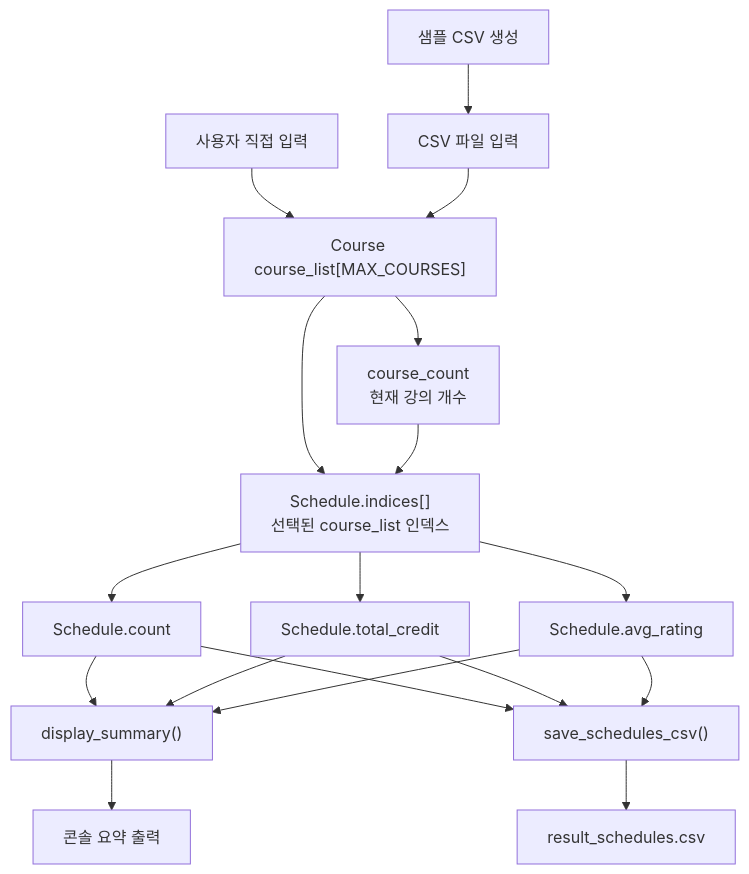
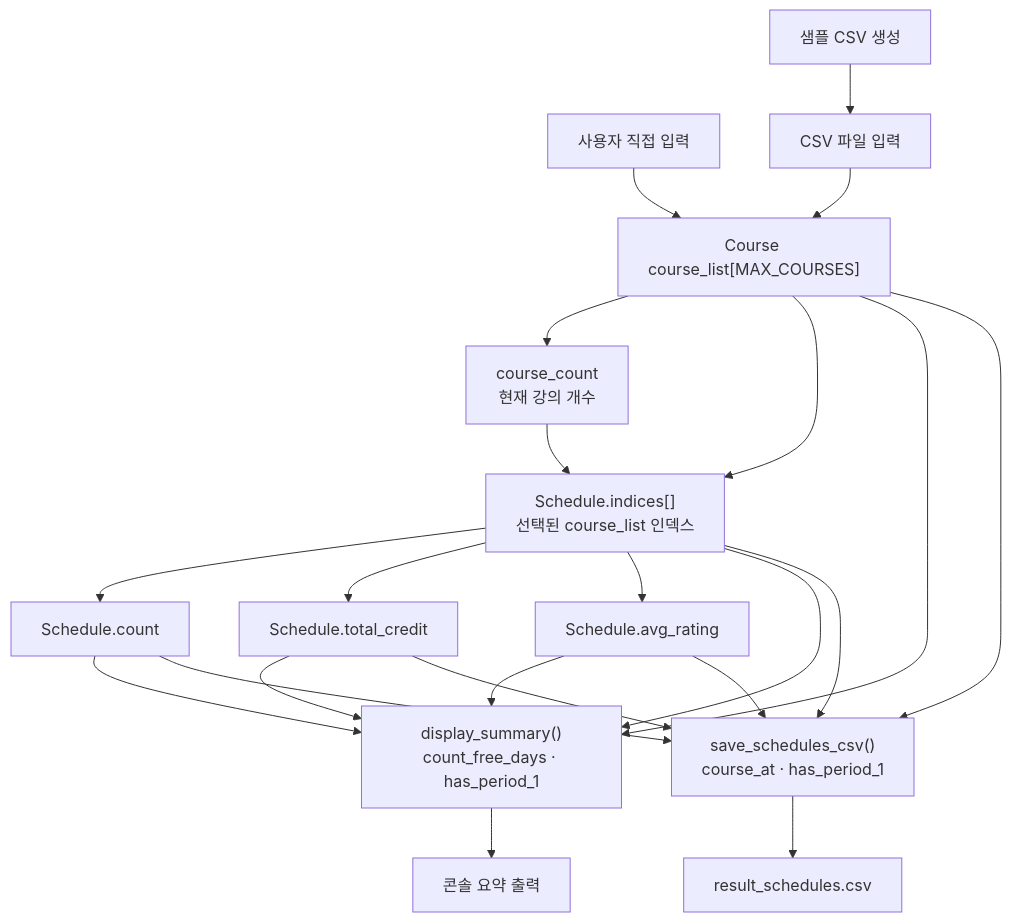
One commit to saltyming/cau_schedule changed the first of 3 diagrams in docs/data-and-output-flow.md. Above: the diagram before and after it, drawn with Mermaid. The commit also changed other lines of this file and 5 other files, not shown here.

````diff
--- a/docs/data-and-output-flow.md
+++ b/docs/data-and-output-flow.md
@@ -5,25 +5,31 @@
 ```mermaid
 flowchart TD
   A["사용자 직접 입력"] --> C["Course course_list[MAX_COURSES]"]
   B["CSV 파일 입력"] --> C
   D["샘플 CSV 생성"] --> B
 
   C --> E["course_count<br/>현재 강의 개수"]
   C --> F["Schedule.indices[]<br/>선택된 course_list 인덱스"]
   E --> F
 
   F --> G["Schedule.count"]
   F --> H["Schedule.total_credit"]
   F --> I["Schedule.avg_rating"]
 
-  G --> J["display_summary()"]
+  G --> J["display_summary()<br/>count_free_days · has_period_1"]
   H --> J
   I --> J
 
-  G --> K["save_schedules_csv()"]
+  G --> K["save_schedules_csv()<br/>course_at · has_period_1"]
   H --> K
   I --> K
+
+  %% display·export는 요약값뿐 아니라 indices[]·course_list를 직접 참조함
+  C --> J
+  C --> K
+  F --> J
+  F --> K
 
   J --> L["콘솔 요약 출력"]
   K --> M["result_schedules.csv"]
 ```
````
